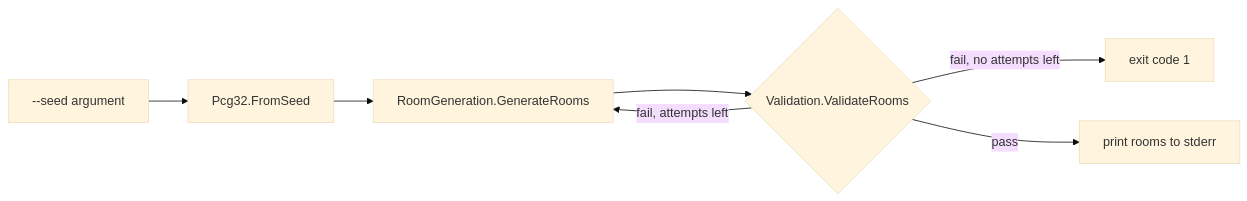
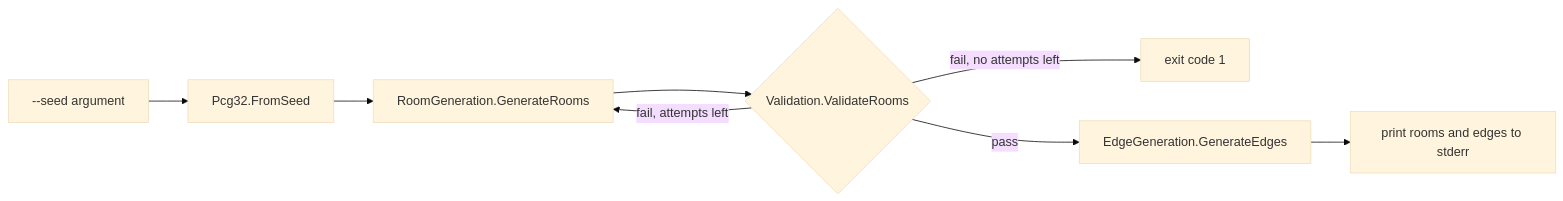
Before and after one commit to verdoxOP/procgen-dungeon: the first of 2 diagrams in Algorithms/csharp/procgen-csharp/docs/architecture.md, drawn with Mermaid (base theme). The commit also changed other lines of this file and 22 other files, not shown here.

Commit message:
Add edge generation and stop tracking build/IDE files

````diff
--- a/Algorithms/csharp/procgen-csharp/docs/architecture.md
+++ b/Algorithms/csharp/procgen-csharp/docs/architecture.md
@@ -38,9 +38,10 @@
 ```mermaid
 flowchart LR
     seed[--seed argument] --> rng[Pcg32.FromSeed]
     rng --> gen[RoomGeneration.GenerateRooms]
     gen --> val{Validation.ValidateRooms}
     val -- fail, attempts left --> gen
     val -- fail, no attempts left --> exit1[exit code 1]
-    val -- pass --> print[print rooms to stderr]
+    val -- pass --> edges[EdgeGeneration.GenerateEdges]
+    edges --> print[print rooms and edges to stderr]
 ```
````
